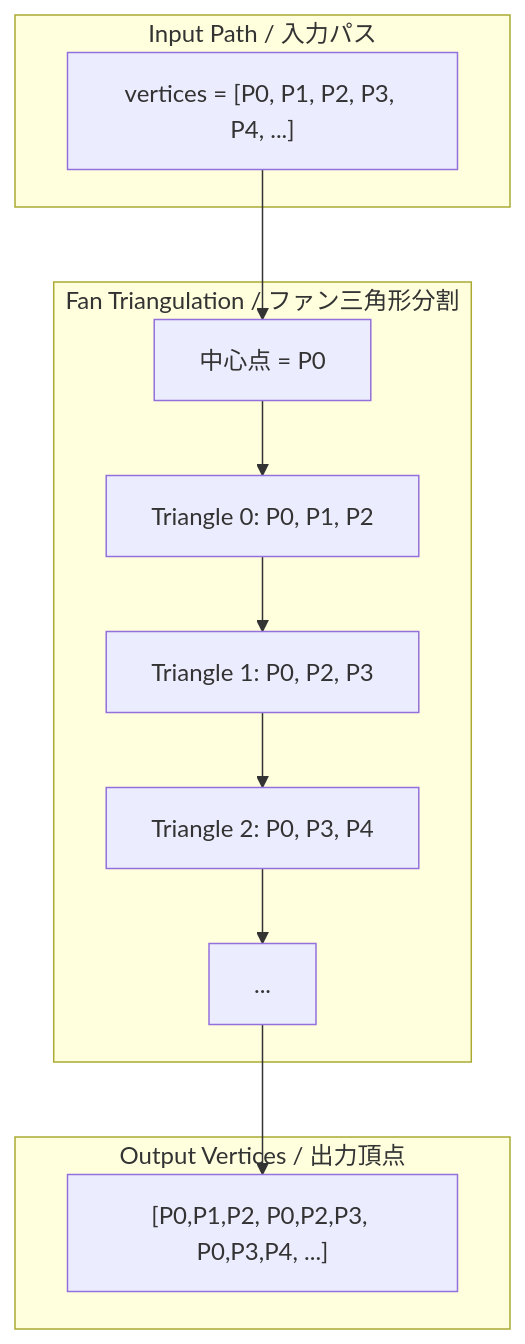
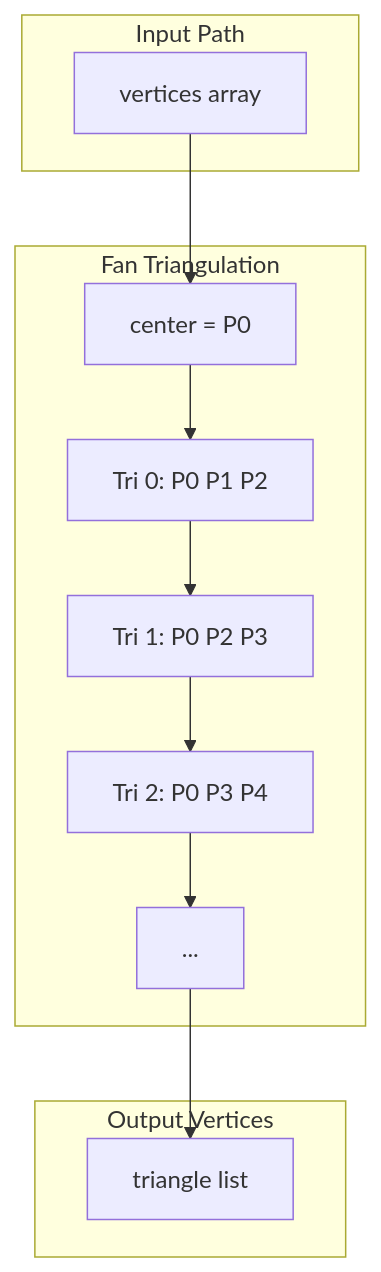
The eighth of 37 diagrams in packages/webgl/RENDERING_FLOW.md (Next2D/player), drawn with Mermaid before and after one commit. The commit also changed other lines of this file, not shown here.

````diff
--- a/packages/webgl/RENDERING_FLOW.md
+++ b/packages/webgl/RENDERING_FLOW.md
@@ -407,25 +414,25 @@
 ```mermaid
 flowchart TB
-    subgraph "Input Path / 入力パス"
-        PATH["vertices = [P0, P1, P2, P3, P4, ...]"]
+    subgraph "Input Path"
+        PATH[vertices array]
     end
 
-    subgraph "Fan Triangulation / ファン三角形分割"
-        CENTER["中心点 = P0"]
-        TRI1["Triangle 0: P0, P1, P2"]
-        TRI2["Triangle 1: P0, P2, P3"]
-        TRI3["Triangle 2: P0, P3, P4"]
-        TRIN["..."]
+    subgraph "Fan Triangulation"
+        CENTER[center = P0]
+        TRI1[Tri 0: P0 P1 P2]
+        TRI2[Tri 1: P0 P2 P3]
+        TRI3[Tri 2: P0 P3 P4]
+        TRIN[...]
     end
 
-    subgraph "Output Vertices / 出力頂点"
-        OUT["[P0,P1,P2, P0,P2,P3, P0,P3,P4, ...]"]
+    subgraph "Output Vertices"
+        OUT[triangle list]
     end
 
     PATH --> CENTER
     CENTER --> TRI1
     TRI1 --> TRI2
     TRI2 --> TRI3
     TRI3 --> TRIN
     TRIN --> OUT
 ```
````
